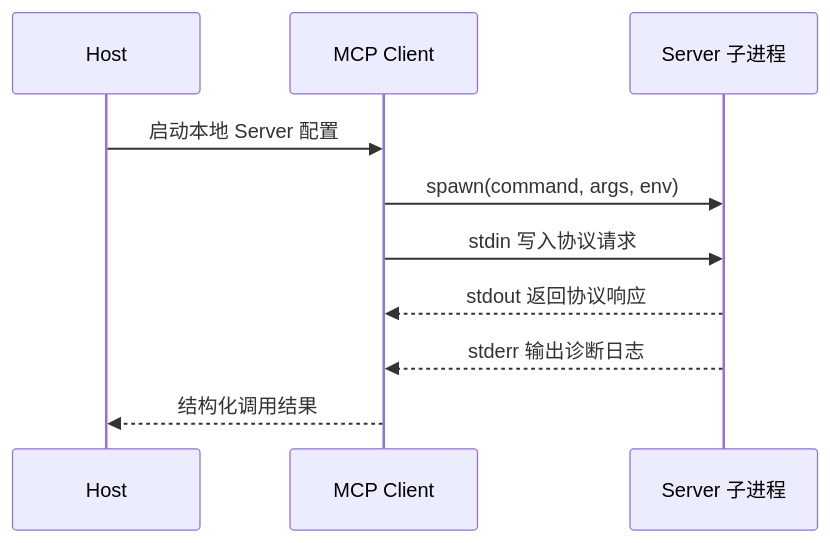
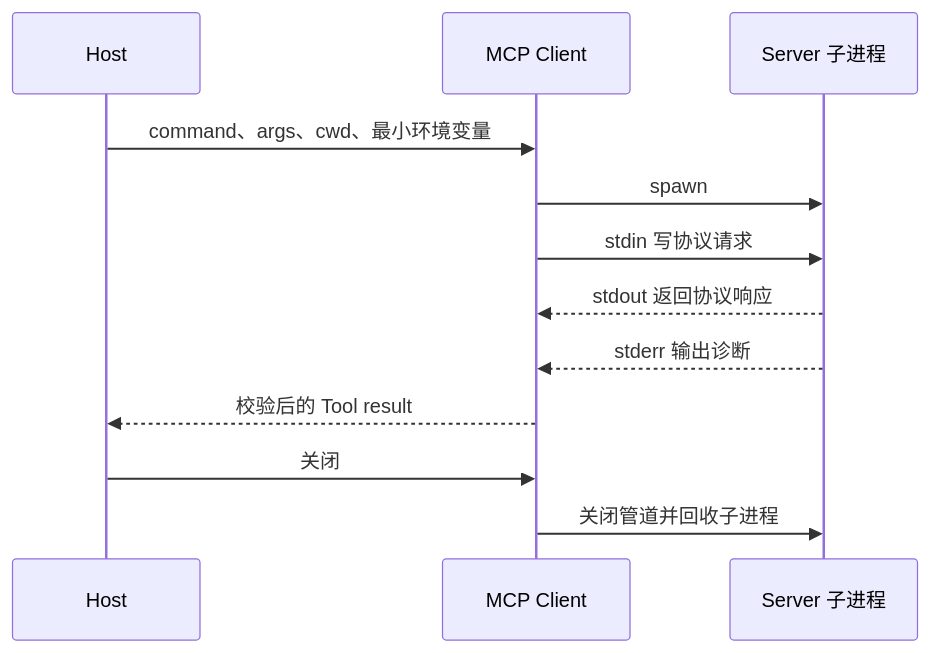
One commit to upJiang/jiang-blog-vitepress changed the first of 3 diagrams in docs/ai-agent/mcp-transports-discovery-cancellation.md. Above: the diagram before and after it, drawn with Mermaid. The commit also changed other lines of this file and 364 other files, not shown here.

````diff
--- a/docs/ai-agent/mcp-transports-discovery-cancellation.md
+++ b/docs/ai-agent/mcp-transports-discovery-cancellation.md
@@ -49,12 +47,14 @@
 ```mermaid
 sequenceDiagram
   participant H as Host
   participant C as MCP Client
   participant S as Server 子进程
-  H->>C: 启动本地 Server 配置
-  C->>S: spawn(command, args, env)
-  C->>S: stdin 写入协议请求
+  H->>C: command、args、cwd、最小环境变量
+  C->>S: spawn
+  C->>S: stdin 写协议请求
   S-->>C: stdout 返回协议响应
-  S-->>C: stderr 输出诊断日志
-  C-->>H: 结构化调用结果
+  S-->>C: stderr 输出诊断
+  C-->>H: 校验后的 Tool result
+  H->>C: 关闭
+  C->>S: 关闭管道并回收子进程
 ```
````
